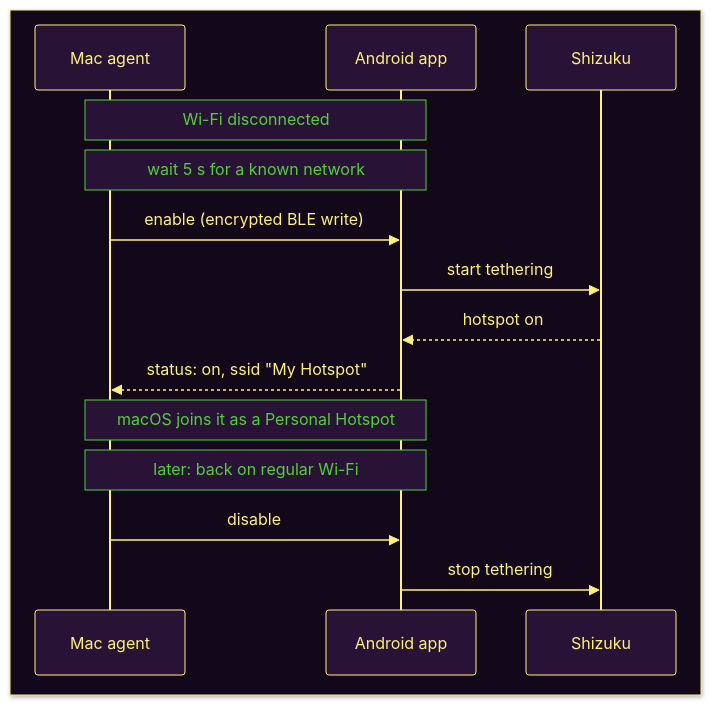
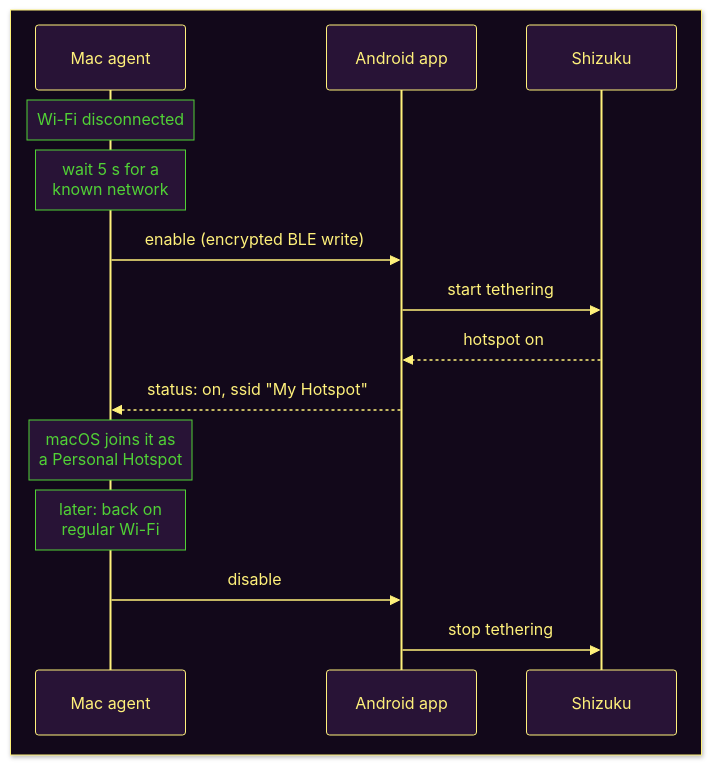
Before and after one commit to xav-ie/Tetherbug: the diagram in README.md, drawn with Mermaid. The commit also changed other lines of this file and 2 other files, not shown here.

First line of the commit message:
docs: draw the pieces as SVGs and keep notes in the Mac column

````diff
--- a/README.md
+++ b/README.md
@@ -31,19 +31,19 @@
 ```mermaid
 %%{init: {'theme': 'base', 'themeVariables': {'fontFamily': 'Helvetica, Arial, sans-serif', 'primaryColor': '#281336', 'primaryTextColor': '#fff17b', 'primaryBorderColor': '#fff17b', 'lineColor': '#fff17b', 'textColor': '#fff17b', 'clusterBkg': '#12081a', 'clusterBorder': '#51d136', 'titleColor': '#51d136', 'edgeLabelBackground': '#12081a', 'actorBkg': '#281336', 'actorBorder': '#fff17b', 'actorTextColor': '#fff17b', 'actorLineColor': '#fff17b', 'signalColor': '#fff17b', 'signalTextColor': '#fff17b', 'noteBkgColor': '#281336', 'noteTextColor': '#51d136', 'noteBorderColor': '#51d136'}}}%%
 sequenceDiagram
     box rgb(18, 8, 26)
     participant Mac as Mac agent
     participant Phone as Android app
     participant Shizuku
     end
-    Note over Mac,Phone: Wi-Fi disconnected
-    Note over Mac,Phone: wait 5 s for a known network
+    Note over Mac: Wi-Fi disconnected
+    Note over Mac: wait 5 s for a<br>known network
     Mac->>Phone: enable (encrypted BLE write)
     Phone->>Shizuku: start tethering
     Shizuku-->>Phone: hotspot on
     Phone-->>Mac: status: on, ssid "My Hotspot"
-    Note over Mac,Phone: macOS joins it as a Personal Hotspot
-    Note over Mac,Phone: later: back on regular Wi-Fi
+    Note over Mac: macOS joins it as<br>a Personal Hotspot
+    Note over Mac: later: back on<br>regular Wi-Fi
     Mac->>Phone: disable
     Phone->>Shizuku: stop tethering
 ```
````
